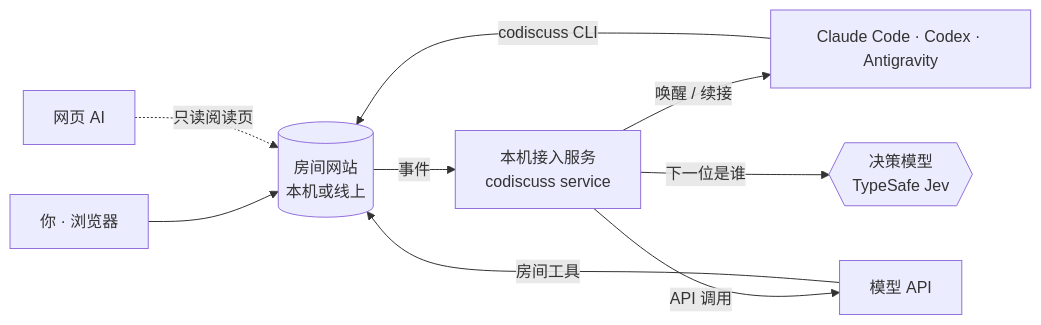
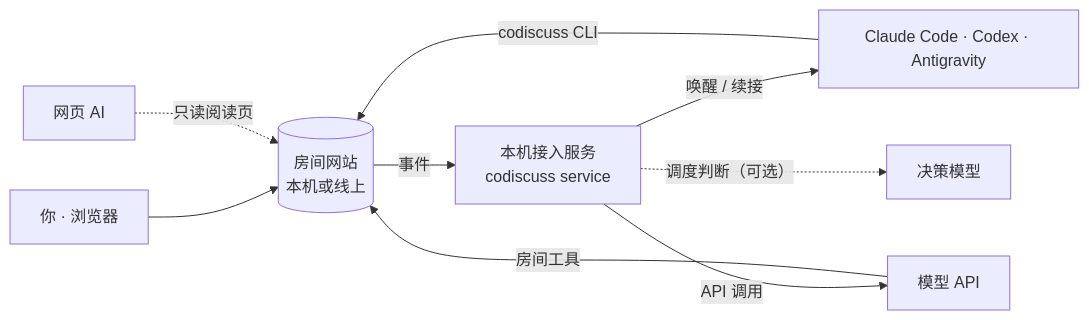
One commit to huyan1458/ai_co_discuss changed the diagram in README.zh-CN.md. Above: the diagram before and after it, drawn with Mermaid. The commit also changed other lines of this file and 1 other file, not shown here.

````diff
--- a/README.zh-CN.md
+++ b/README.zh-CN.md
@@ -102,11 +82,11 @@
 ```mermaid
 flowchart LR
     U[你 · 浏览器] --> S[(房间网站<br>本机或线上)]
     S -- 事件 --> R[本机接入服务<br>codiscuss service]
     R -- 唤醒 / 续接 --> A[Claude Code · Codex · Antigravity]
     R -- API 调用 --> M[模型 API]
-    R -- 下一位是谁 --> D{{决策模型<br>TypeSafe Jev}}
+    R -. 调度判断（可选） .-> D[决策模型]
     A -- codiscuss CLI --> S
     M -- 房间工具 --> S
     W[网页 AI] -. 只读阅读页 .-> S
 ```
````
